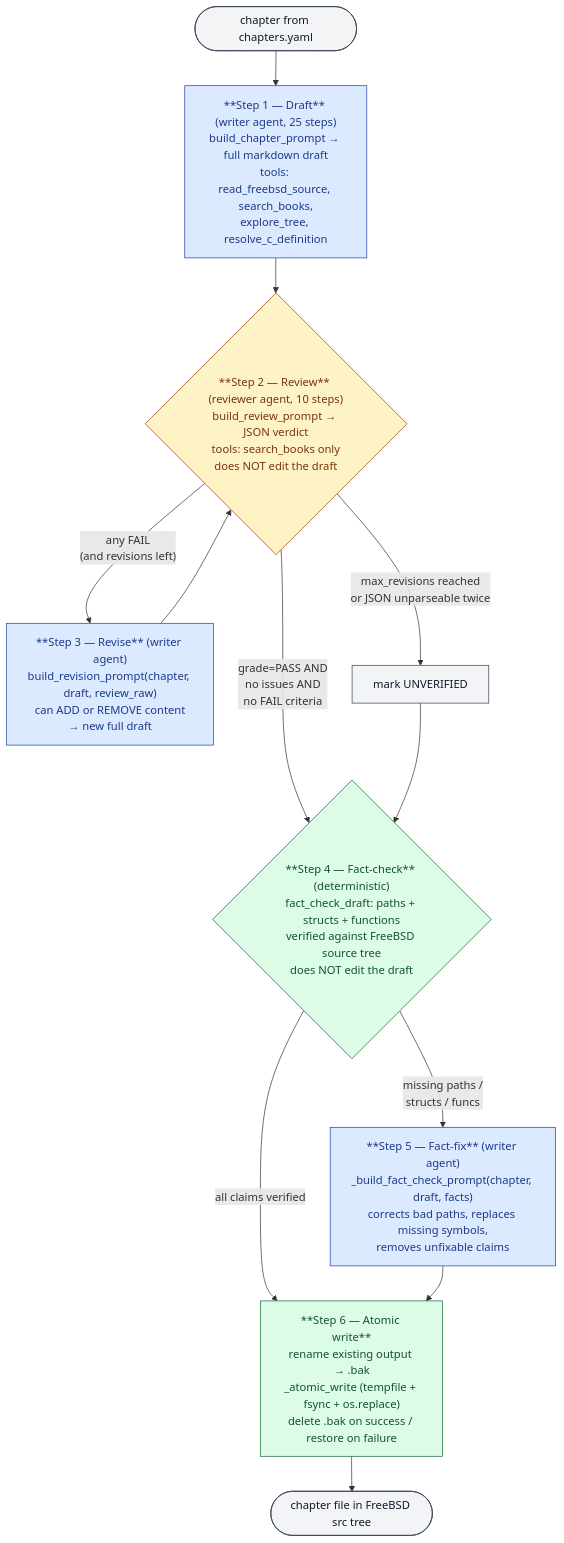
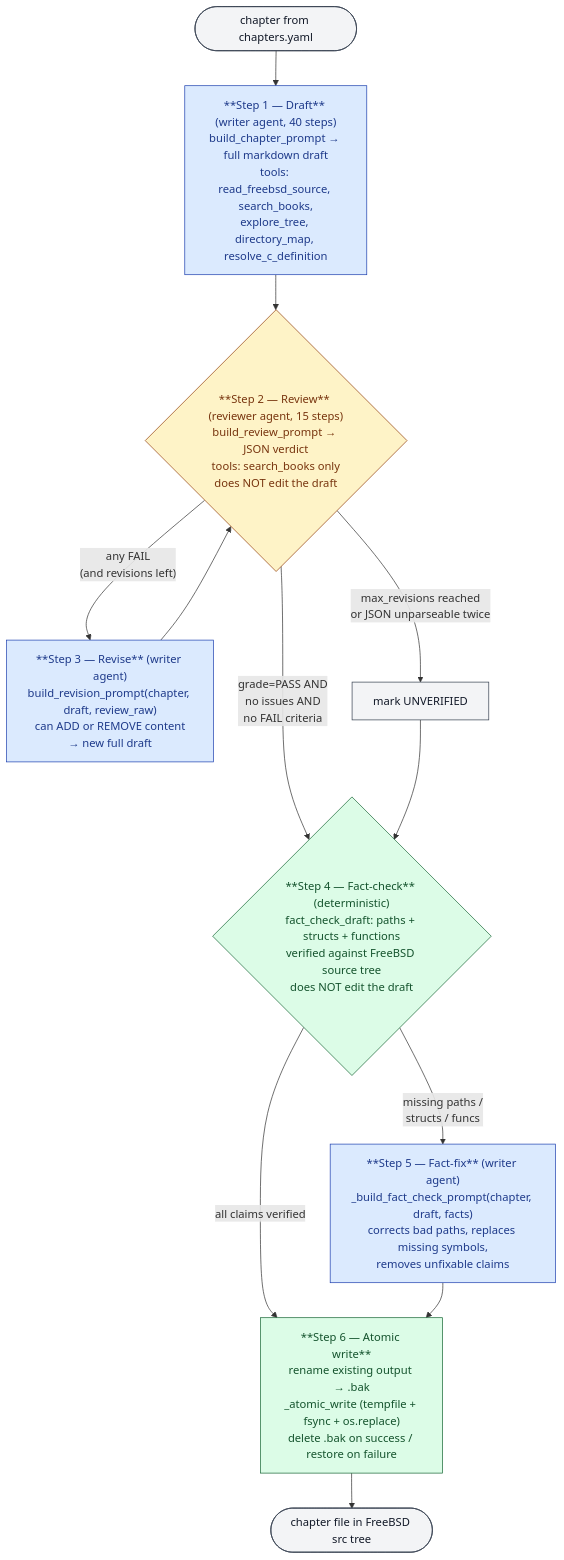
One commit to ocochard/DaemonDocs changed the diagram in README.md. Above: the diagram before and after it, drawn with Mermaid. The commit also changed other lines of this file, not shown here.

````diff
--- a/README.md
+++ b/README.md
@@ -169,35 +172,35 @@
 ```mermaid
 flowchart TD
     Start([chapter from chapters.yaml]) --> Draft
 
-    Draft["**Step 1 — Draft** (writer agent, 25 steps)<br/>build_chapter_prompt → full markdown draft<br/>tools: read_freebsd_source, search_books,<br/>explore_tree, resolve_c_definition"]
+    Draft["**Step 1 — Draft** (writer agent, 40 steps)<br/>build_chapter_prompt → full markdown draft<br/>tools: read_freebsd_source, search_books,<br/>explore_tree, directory_map, resolve_c_definition"]
     Draft --> Review
 
-    Review{"**Step 2 — Review** (reviewer agent, 10 steps)<br/>build_review_prompt → JSON verdict<br/>tools: search_books only<br/>does NOT edit the draft"}
+    Review{"**Step 2 — Review** (reviewer agent, 15 steps)<br/>build_review_prompt → JSON verdict<br/>tools: search_books only<br/>does NOT edit the draft"}
     Review -- "grade=PASS AND<br/>no issues AND<br/>no FAIL criteria" --> FactCheck
     Review -- "any FAIL<br/>(and revisions left)" --> Revise
     Review -- "max_revisions reached<br/>or JSON unparseable twice" --> Unapproved[mark UNVERIFIED]
     Unapproved --> FactCheck
 
     Revise["**Step 3 — Revise** (writer agent)<br/>build_revision_prompt(chapter, draft, review_raw)<br/>can ADD or REMOVE content<br/>→ new full draft"]
     Revise --> Review
 
     FactCheck{"**Step 4 — Fact-check** (deterministic)<br/>fact_check_draft: paths + structs + functions<br/>verified against FreeBSD source tree<br/>does NOT edit the draft"}
     FactCheck -- "all claims verified" --> Write
     FactCheck -- "missing paths /<br/>structs / funcs" --> FactFix
 
     FactFix["**Step 5 — Fact-fix** (writer agent)<br/>_build_fact_check_prompt(chapter, draft, facts)<br/>corrects bad paths, replaces missing symbols,<br/>removes unfixable claims"]
     FactFix --> Write
 
     Write["**Step 6 — Atomic write**<br/>rename existing output → .bak<br/>_atomic_write (tempfile + fsync + os.replace)<br/>delete .bak on success / restore on failure"]
     Write --> End([chapter file in FreeBSD src tree])
 
     classDef writer fill:#dbeafe,stroke:#1e40af,color:#1e3a8a;
     classDef reviewer fill:#fef3c7,stroke:#92400e,color:#78350f;
     classDef deterministic fill:#dcfce7,stroke:#166534,color:#14532d;
     classDef io fill:#f3f4f6,stroke:#374151,color:#111827;
     class Draft,Revise,FactFix writer;
     class Review reviewer;
     class FactCheck,Write deterministic;
     class Start,End,Unapproved io;
 ```
````
